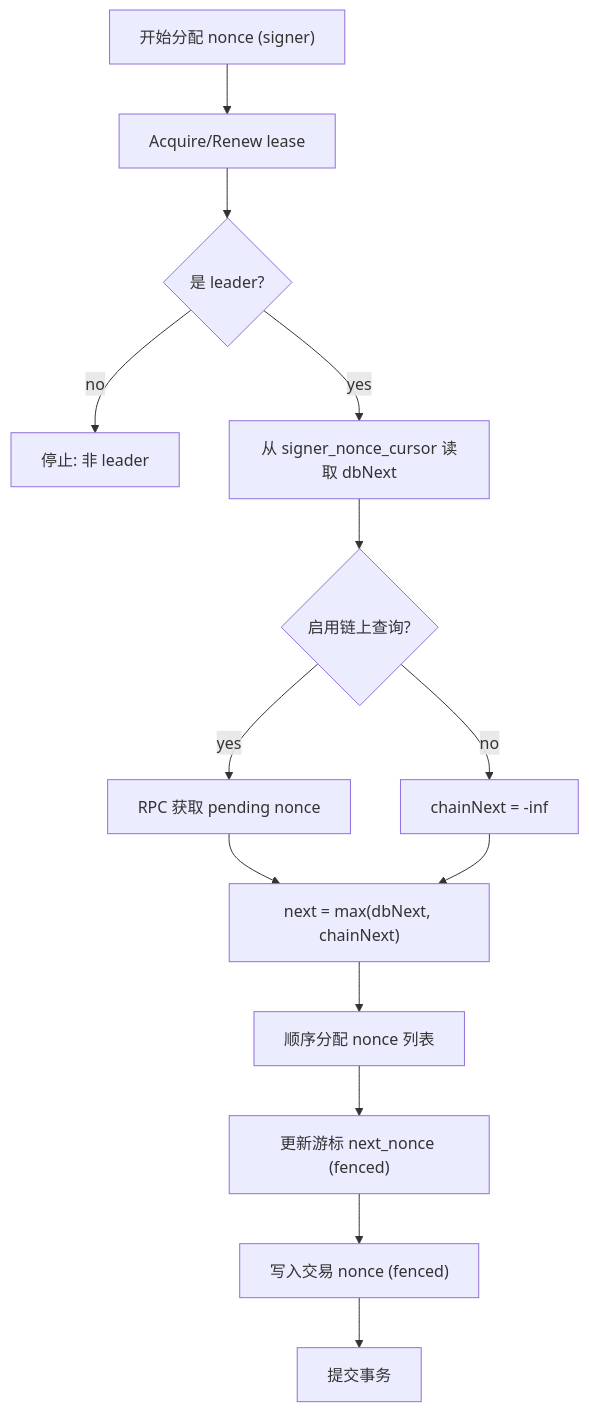
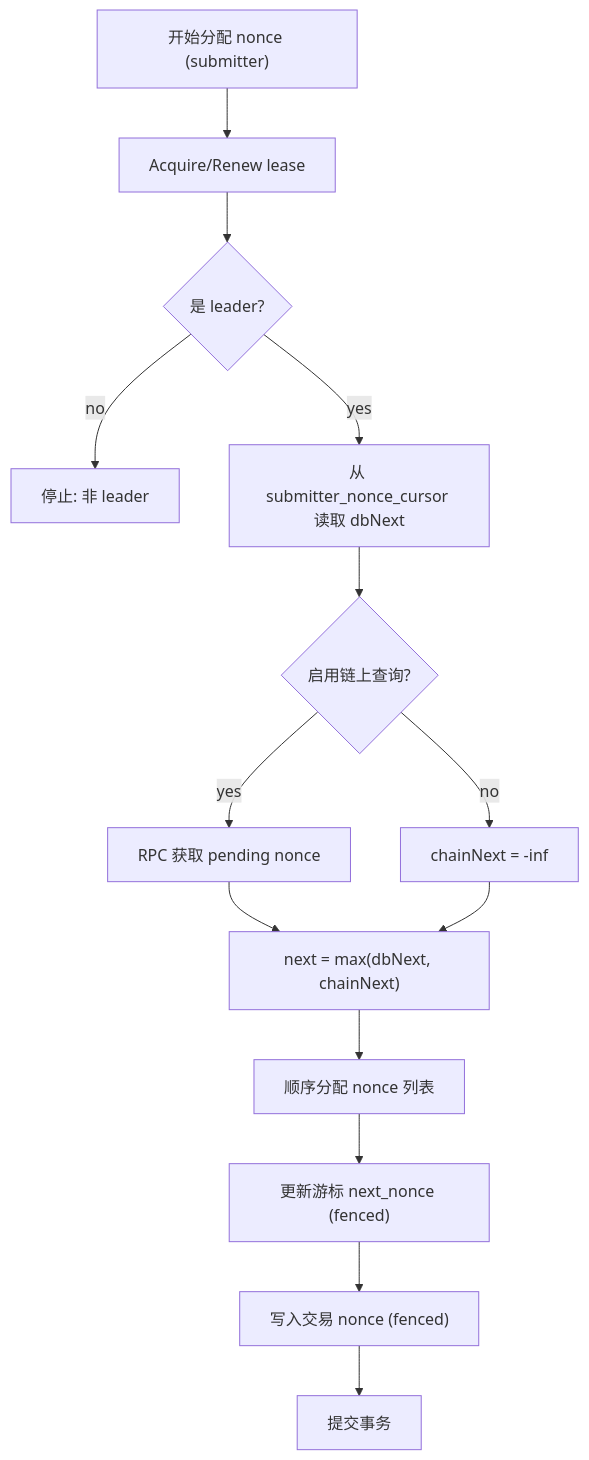
Before and after one commit to cedardinh/nonce-demo: the sixth of 9 diagrams in 方案1111.md, drawn with Mermaid. The commit also changed other lines of this file and 63 other files, not shown here.

````diff
--- a/方案1111.md
+++ b/方案1111.md
@@ -324,16 +324,16 @@
 ```mermaid
 flowchart TD
-  A["开始分配 nonce (signer)"] --> B["Acquire/Renew lease"]
+  A["开始分配 nonce (submitter)"] --> B["Acquire/Renew lease"]
   B --> C{"是 leader?"}
   C -->|no| X["停止: 非 leader"]
-  C -->|yes| D["从 signer_nonce_cursor 读取 dbNext"]
+  C -->|yes| D["从 submitter_nonce_cursor 读取 dbNext"]
   D --> E{"启用链上查询?"}
   E -->|yes| F["RPC 获取 pending nonce"]
   E -->|no| G["chainNext = -inf"]
   F --> H["next = max(dbNext, chainNext)"]
   G --> H
   H --> I["顺序分配 nonce 列表"]
   I --> J["更新游标 next_nonce (fenced)"]
   J --> K["写入交易 nonce (fenced)"]
   K --> L["提交事务"]
 ```
````
